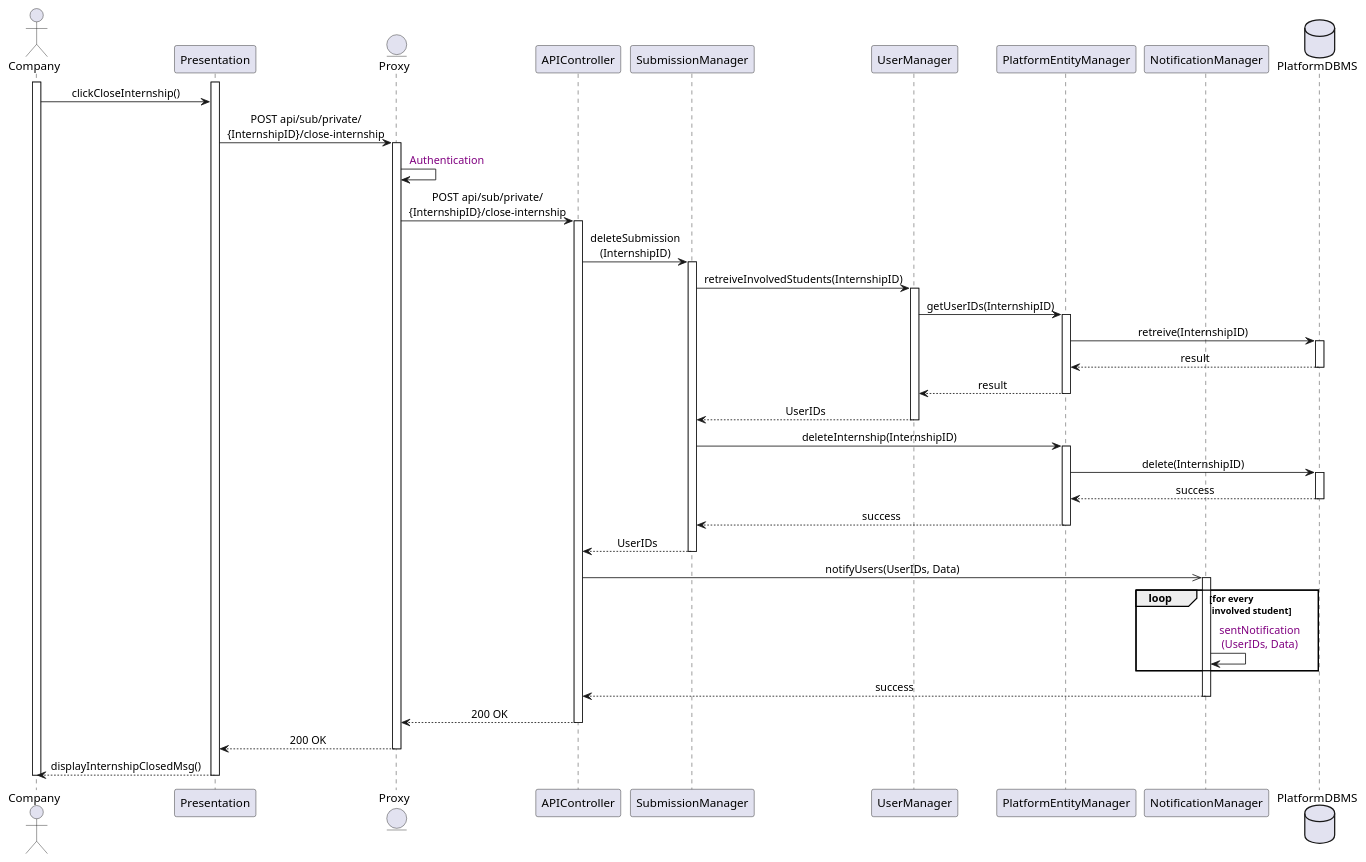
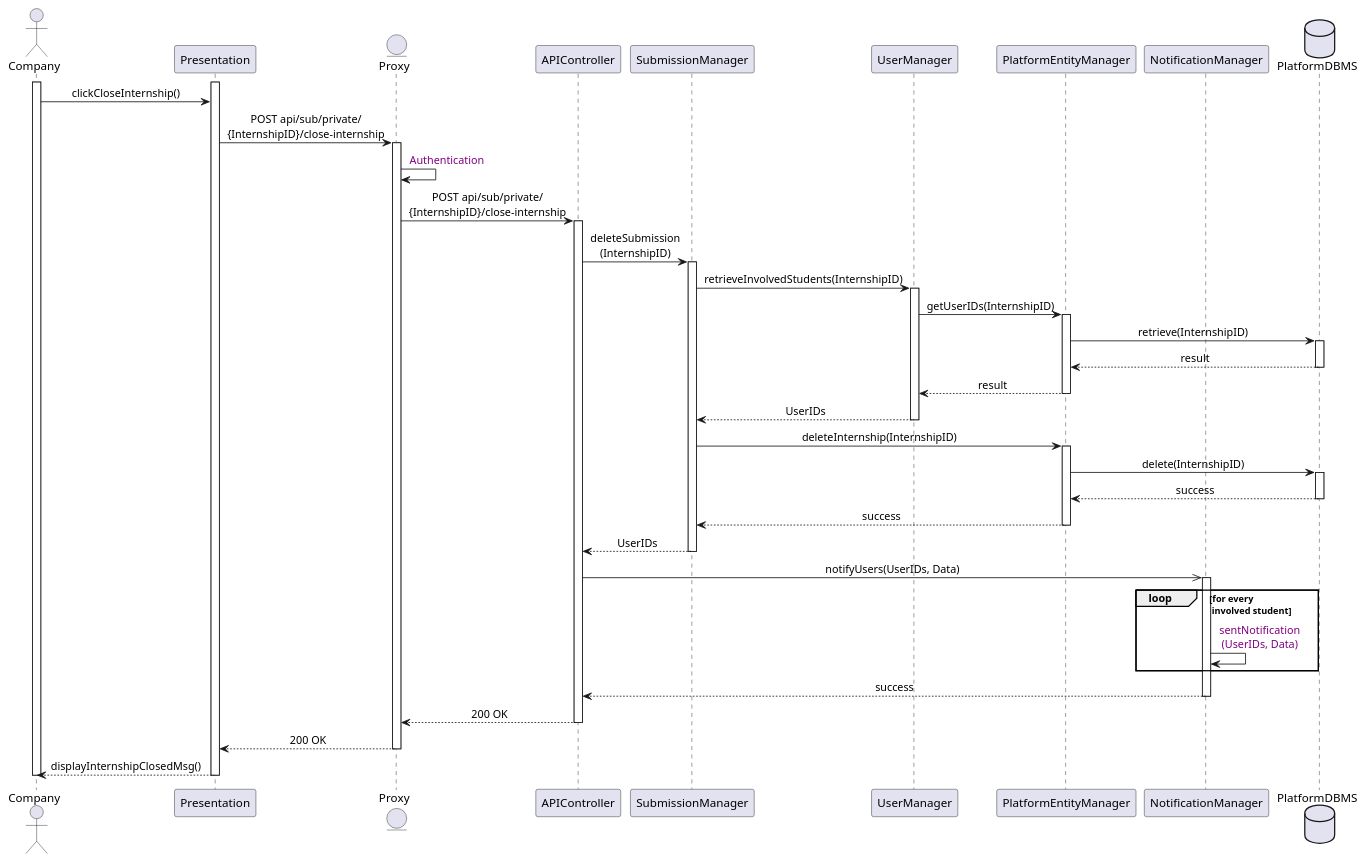
The diagram in Diagrams/SequenceDiagrams/DD/24CompanyClosesInternshipOffer.wsd (Slaitroc/RicciPaoliGrisoni), drawn with PlantUML before and after one commit. The commit also changed 3 other files, not shown here.

```diff
--- a/Diagrams/SequenceDiagrams/DD/24CompanyClosesInternshipOffer.wsd
+++ b/Diagrams/SequenceDiagrams/DD/24CompanyClosesInternshipOffer.wsd
@@ -1,53 +1,53 @@
 @startuml CompanySubmission
 skinparam sequenceMessageAlign center
 actor       Company
 participant Presentation
 entity      Proxy
 participant APIController
 participant SubmissionManager
 participant UserManager
 participant PlatformEntityManager
 participant NotificationManager
 database    PlatformDBMS
 
 activate Company
 activate Presentation
 Company -> Presentation : clickCloseInternship()
 Presentation -> Proxy ++ : POST api/sub/private/\n{InternshipID}/close-internship
 Proxy -> Proxy  : <color:purple> Authentication
 Proxy -> APIController ++ : POST api/sub/private/\n{InternshipID}/close-internship
 APIController -> SubmissionManager : deleteSubmission\n(InternshipID)
 activate SubmissionManager
-SubmissionManager -> UserManager : retreiveInvolvedStudents(InternshipID)
+SubmissionManager -> UserManager : retrieveInvolvedStudents(InternshipID)
 activate UserManager
 UserManager -> PlatformEntityManager ++ : getUserIDs(InternshipID)
-PlatformEntityManager -> PlatformDBMS : retreive(InternshipID)
+PlatformEntityManager -> PlatformDBMS : retrieve(InternshipID)
 activate PlatformDBMS
 PlatformDBMS --> PlatformEntityManager -- : result
 PlatformEntityManager --> UserManager -- : result
 UserManager --> SubmissionManager -- : UserIDs
 
 SubmissionManager -> PlatformEntityManager : deleteInternship(InternshipID)
 activate PlatformEntityManager
 PlatformEntityManager -> PlatformDBMS : delete(InternshipID)
 activate PlatformDBMS
 PlatformDBMS --> PlatformEntityManager : success
 deactivate PlatformDBMS
 PlatformEntityManager --> SubmissionManager : success 
 deactivate PlatformEntityManager
 
 SubmissionManager --> APIController : UserIDs
 deactivate SubmissionManager
 APIController ->> NotificationManager ++ : notifyUsers(UserIDs, Data)
 loop for every\n involved student
     NotificationManager -> NotificationManager : <color:purple> sentNotification\n <color:purple>(UserIDs, Data)
 end
 NotificationManager --> APIController -- : success
 APIController --> Proxy : 200 OK
 deactivate APIController
 Proxy --> Presentation : 200 OK
 deactivate Proxy
 Presentation --> Company : displayInternshipClosedMsg()
 deactivate Presentation
 deactivate Company
 @enduml
```
